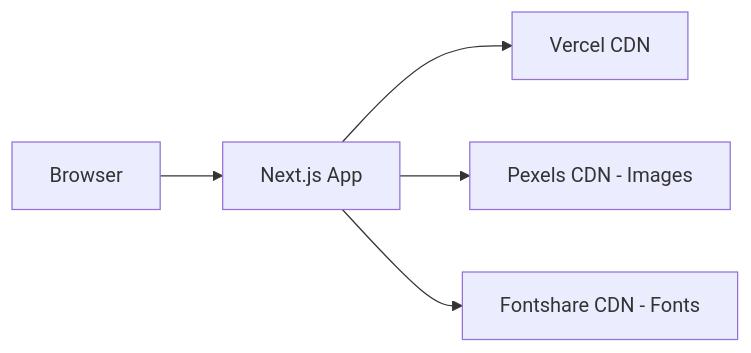
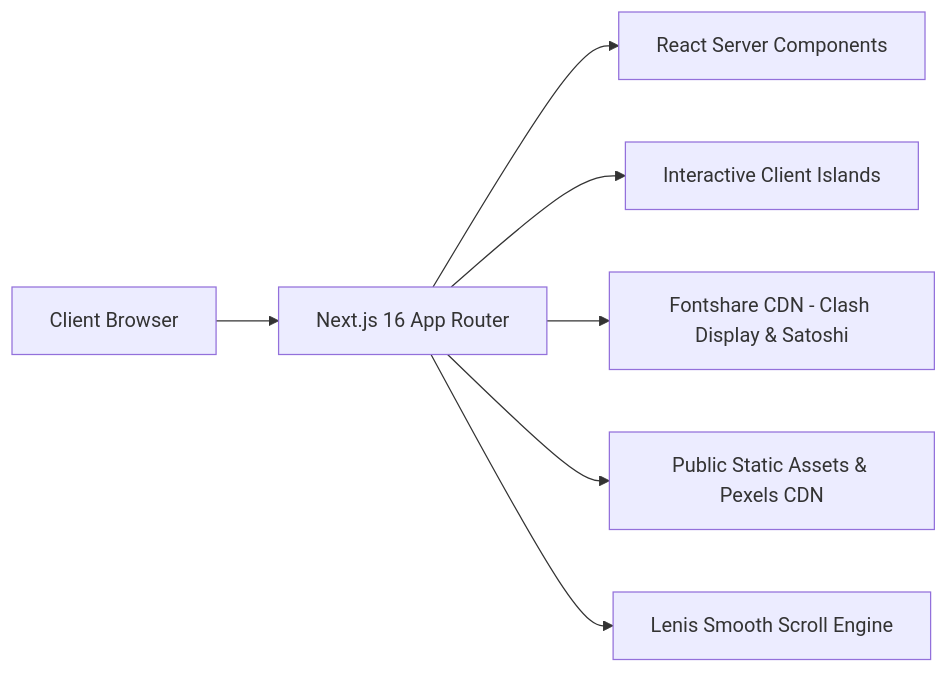
The first of 3 diagrams in ARCHITECTURE.md (aaditya09750/ZalesNextUI), drawn with Mermaid before and after one commit. The commit also changed other lines of this file and 11 other files, not shown here.

````diff
--- a/ARCHITECTURE.md
+++ b/ARCHITECTURE.md
@@ -7,7 +26,9 @@
 ```mermaid
 graph LR
-    User[Browser] --> NextJS[Next.js App]
-    NextJS --> Vercel[Vercel CDN]
-    NextJS --> Pexels[Pexels CDN - Images]
-    NextJS --> Fontshare[Fontshare CDN - Fonts]
+    User[Client Browser] --> NextApp[Next.js 16 App Router]
+    NextApp --> ServerRender[React Server Components]
+    NextApp --> ClientHooks[Interactive Client Islands]
+    NextApp --> Fontshare[Fontshare CDN - Clash Display & Satoshi]
+    NextApp --> ImageAssets[Public Static Assets & Pexels CDN]
+    NextApp --> LenisEngine[Lenis Smooth Scroll Engine]
 ```
````
